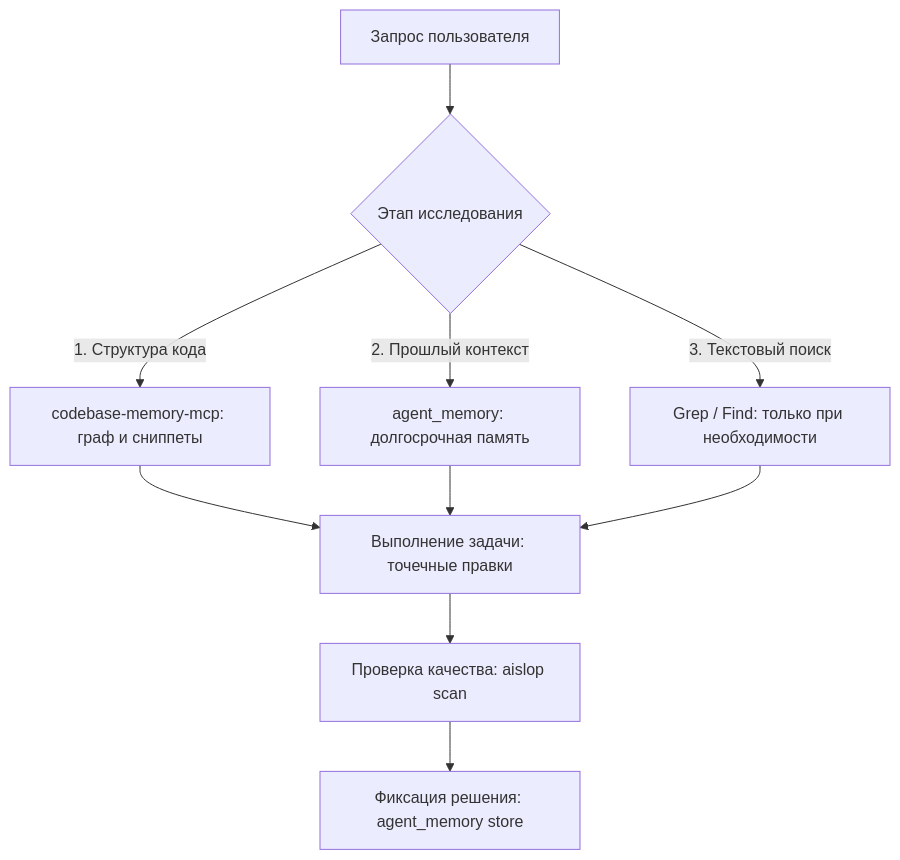
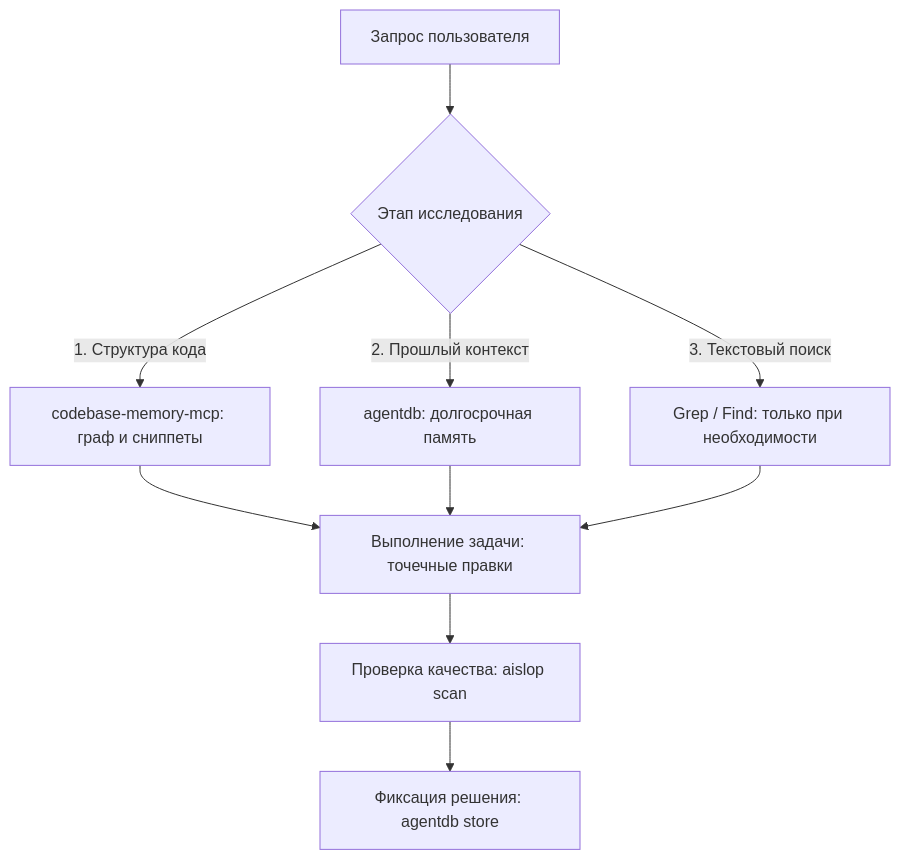
Before and after one commit to assebler-grkha/agent-templates: the diagram in docs/mcp-ecosystem.md, drawn with Mermaid. The commit also changed other lines of this file and 25 other files, not shown here.

````diff
--- a/docs/mcp-ecosystem.md
+++ b/docs/mcp-ecosystem.md
@@ -15,14 +15,14 @@
 ```mermaid
 flowchart TD
     UserQuery[Запрос пользователя] --> SearchPhase{Этап исследования}
     SearchPhase -->|1. Структура кода| Codebase[codebase-memory-mcp: граф и сниппеты]
-    SearchPhase -->|2. Прошлый контекст| Memory[agent_memory: долгосрочная память]
+    SearchPhase -->|2. Прошлый контекст| Memory[agentdb: долгосрочная память]
     SearchPhase -->|3. Текстовый поиск| Grep[Grep / Find: только при необходимости]
     
     Codebase --> Execution[Выполнение задачи: точечные правки]
     Memory --> Execution
     Grep --> Execution
     
     Execution --> QualityCheck[Проверка качества: aislop scan]
-    QualityCheck --> StoreDecision[Фиксация решения: agent_memory store]
+    QualityCheck --> StoreDecision[Фиксация решения: agentdb store]
 ```
````
